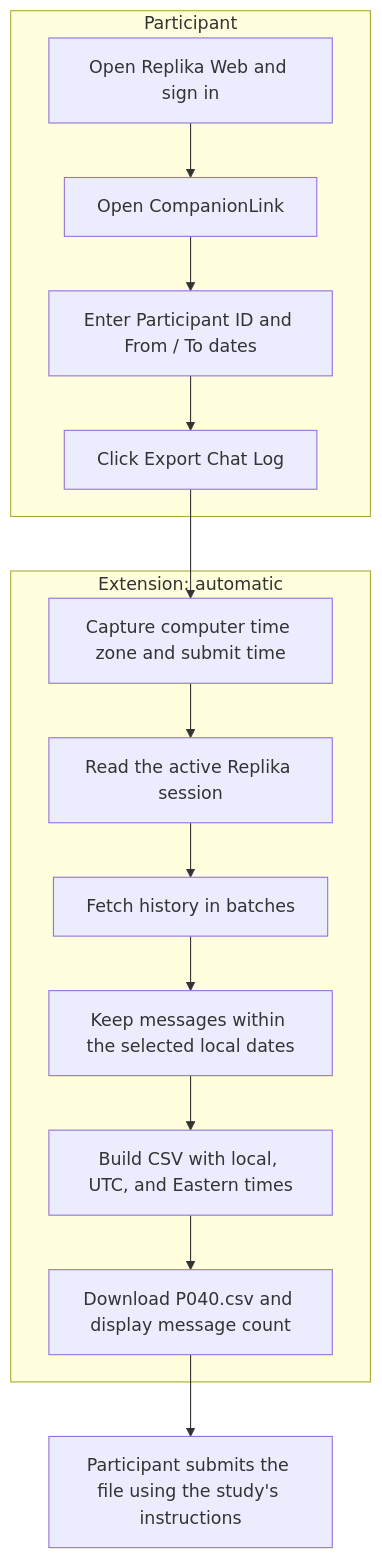
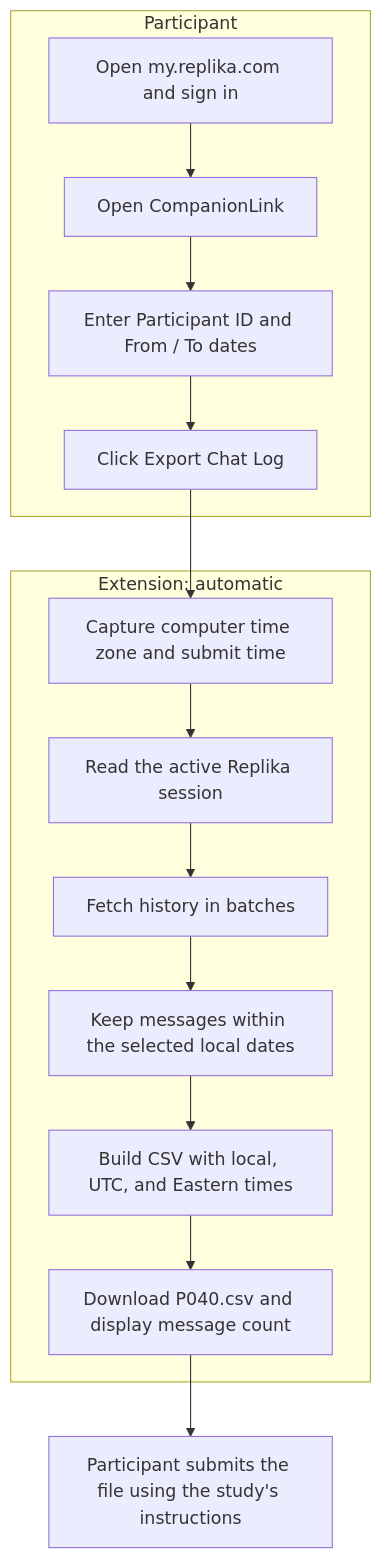
One commit to PengLin-Zilv/CompanionLink changed the diagram in docs/replika/replika-visual-workflow.md. Above: the diagram before and after it, drawn with Mermaid. The commit also changed 6 other files, not shown here.

First line of the commit message:
fix: limit site access to my.replika.com

````diff
--- a/docs/replika/replika-visual-workflow.md
+++ b/docs/replika/replika-visual-workflow.md
@@ -8,20 +8,20 @@
 ```mermaid
 flowchart TD
     subgraph participant["Participant"]
-        A["Open Replika Web and sign in"] --> B["Open CompanionLink"]
+        A["Open my.replika.com and sign in"] --> B["Open CompanionLink"]
         B --> C["Enter Participant ID and From / To dates"]
         C --> D["Click Export Chat Log"]
     end
 
     subgraph extension["Extension: automatic"]
         E["Capture computer time zone and submit time"]
         E --> F["Read the active Replika session"]
         F --> G["Fetch history in batches"]
         G --> H["Keep messages within the selected local dates"]
         H --> I["Build CSV with local, UTC, and Eastern times"]
         I --> J["Download P040.csv and display message count"]
     end
 
     D --> E
     J --> K["Participant submits the file using the study's instructions"]
 ```
````
